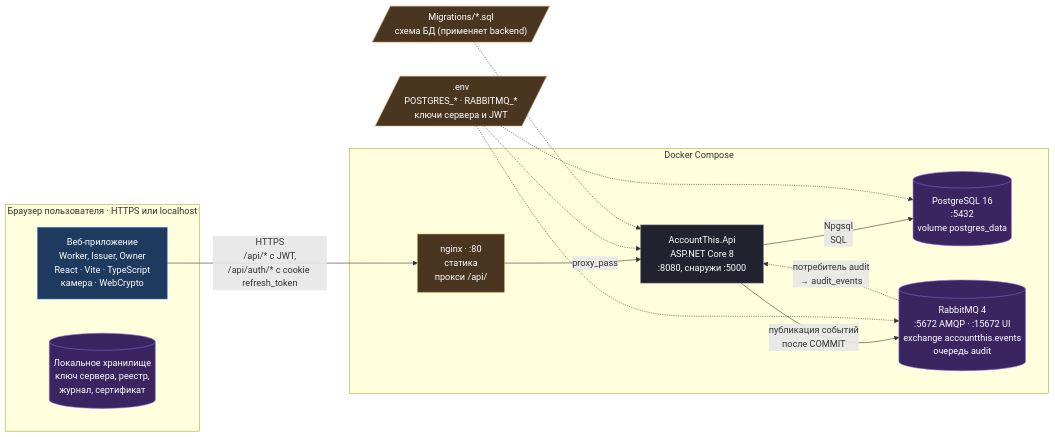
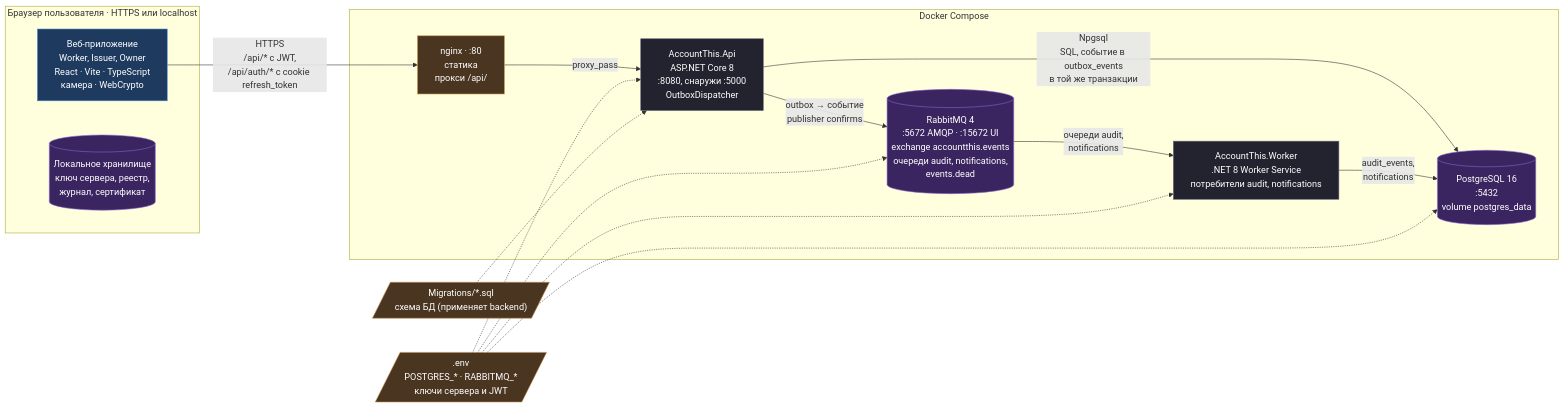
The diagram in docs/architecture/2-containers.mmd (nelex12/account-this), drawn with Mermaid before and after one commit. The commit also changed 53 other files, not shown here.

First line of the commit message:
Move event consumers to a separate Worker, add outbox and Owner notifications

```diff
--- a/docs/architecture/2-containers.mmd
+++ b/docs/architecture/2-containers.mmd
@@ -1,44 +1,47 @@
 ---
 config:
   flowchart:
     diagramPadding: 60
     nodeSpacing: 60
     rankSpacing: 80
     wrappingWidth: 400
 ---
 flowchart LR
     subgraph Device["Браузер пользователя · HTTPS или localhost"]
         SPA["Веб-приложение<br/>Worker, Issuer, Owner<br/>React · Vite · TypeScript<br/>камера · WebCrypto"]
         Local[("Локальное хранилище<br/>ключ сервера, реестр,<br/>журнал, сертификат")]
     end
 
     subgraph Compose["Docker Compose"]
         Nginx["nginx · :80<br/>статика<br/>прокси /api/"]
-        Backend["AccountThis.Api<br/>ASP.NET Core 8<br/>:8080, снаружи :5000"]
+        Backend["AccountThis.Api<br/>ASP.NET Core 8<br/>:8080, снаружи :5000<br/>OutboxDispatcher"]
+        Worker["AccountThis.Worker<br/>.NET 8 Worker Service<br/>потребители audit, notifications"]
         Postgres[("PostgreSQL 16<br/>:5432<br/>volume postgres_data")]
-        Rabbit[("RabbitMQ 4<br/>:5672 AMQP · :15672 UI<br/>exchange accountthis.events<br/>очередь audit")]
+        Rabbit[("RabbitMQ 4<br/>:5672 AMQP · :15672 UI<br/>exchange accountthis.events<br/>очереди audit, notifications,<br/>events.dead")]
     end
 
     Env[/".env<br/>POSTGRES_* · RABBITMQ_*<br/>ключи сервера и JWT"/]
     Init[/"Migrations/*.sql<br/>схема БД (применяет backend)"/]
 
     SPA -->|"HTTPS<br/>/api/* с JWT,<br/>/api/auth/* с cookie refresh_token"| Nginx
     Nginx -->|"proxy_pass"| Backend
-    Backend -->|"Npgsql<br/>SQL"| Postgres
-    Backend -->|"публикация событий<br/>после COMMIT"| Rabbit
-    Rabbit -.->|"потребитель audit<br/>→ audit_events"| Backend
+    Backend -->|"Npgsql<br/>SQL, событие в outbox_events<br/>в той же транзакции"| Postgres
+    Backend -->|"outbox → событие<br/>publisher confirms"| Rabbit
+    Rabbit -->|"очереди audit,<br/>notifications"| Worker
+    Worker -->|"audit_events,<br/>notifications"| Postgres
 
     Env -.-> Backend
+    Env -.-> Worker
     Env -.-> Postgres
     Env -.-> Rabbit
     Init -.-> Backend
 
     classDef front fill:#1e3a5f,stroke:#4a8fd6,color:#fff
     classDef infra fill:#4a3520,stroke:#c08a4a,color:#fff
     classDef code fill:#23232f,stroke:#6b6b80,color:#fff
     classDef db fill:#3b2560,stroke:#8a63d2,color:#fff
 
     class SPA front
     class Nginx,Env,Init infra
-    class Backend code
+    class Backend,Worker code
     class Postgres,Rabbit,Local db
```
